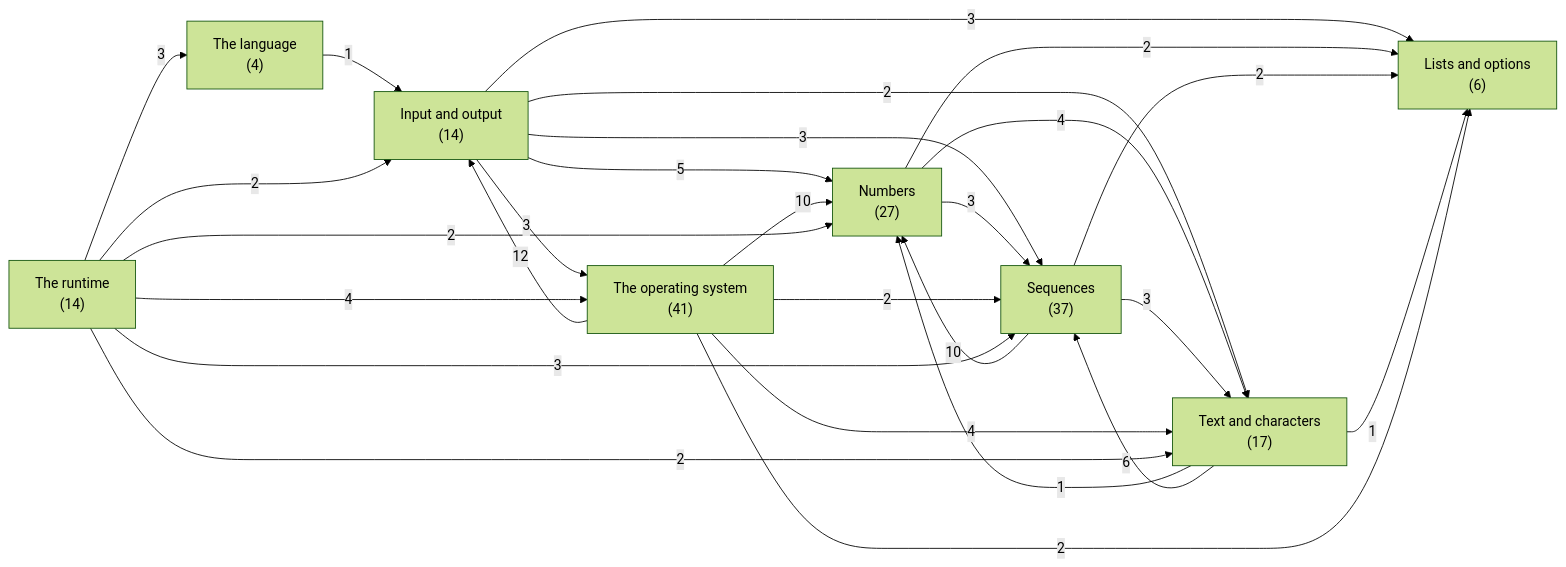
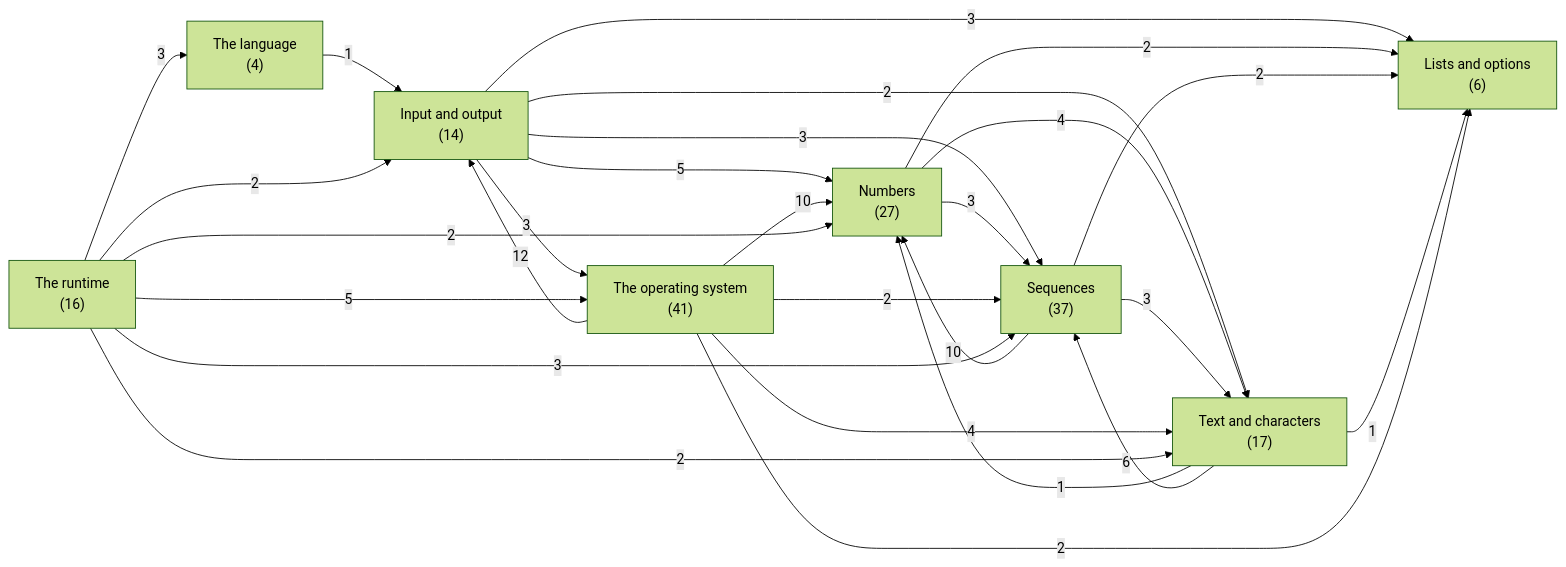
The first of 9 diagrams in docs/lib/basis/depends.md (ruudkoot/rune), drawn with Mermaid (forest theme) before and after one commit. The commit also changed other lines of this file and 74 other files, not shown here.

````diff
--- a/docs/lib/basis/depends.md
+++ b/docs/lib/basis/depends.md
@@ -24,37 +24,37 @@
 ```mermaid
 flowchart LR
   a0["The language<br>(4)"]
   a1["Text and characters<br>(17)"]
   a2["Lists and options<br>(6)"]
   a3["Numbers<br>(27)"]
   a4["Sequences<br>(37)"]
   a5["The operating system<br>(41)"]
   a6["Input and output<br>(14)"]
-  a7["The runtime<br>(14)"]
+  a7["The runtime<br>(16)"]
   a6 -- 3 --> a2
   a6 -- 5 --> a3
   a6 -- 3 --> a4
   a6 -- 2 --> a1
   a6 -- 3 --> a5
   a3 -- 2 --> a2
   a3 -- 3 --> a4
   a3 -- 4 --> a1
   a4 -- 2 --> a2
   a4 -- 10 --> a3
   a4 -- 3 --> a1
   a1 -- 1 --> a2
   a1 -- 1 --> a3
   a1 -- 6 --> a4
   a0 -- 1 --> a6
   a5 -- 12 --> a6
   a5 -- 2 --> a2
   a5 -- 10 --> a3
   a5 -- 2 --> a4
   a5 -- 4 --> a1
   a7 -- 2 --> a6
   a7 -- 2 --> a3
   a7 -- 3 --> a4
   a7 -- 2 --> a1
   a7 -- 3 --> a0
-  a7 -- 4 --> a5
+  a7 -- 5 --> a5
 ```
````
